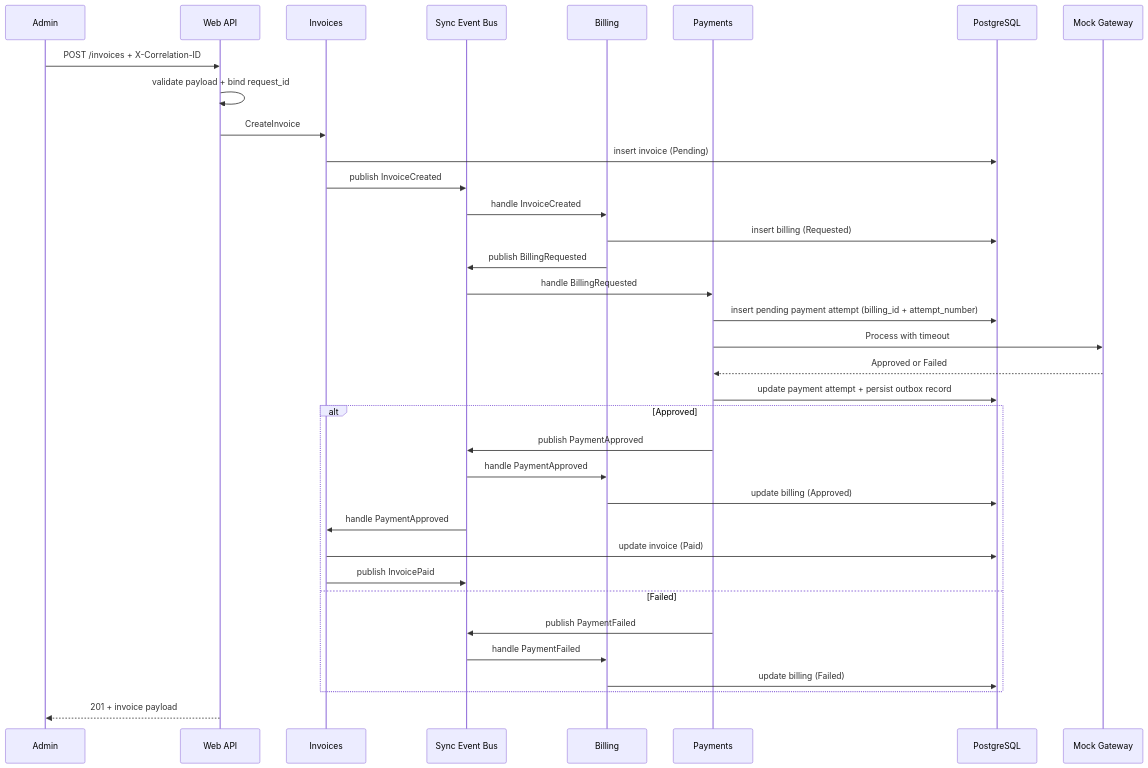
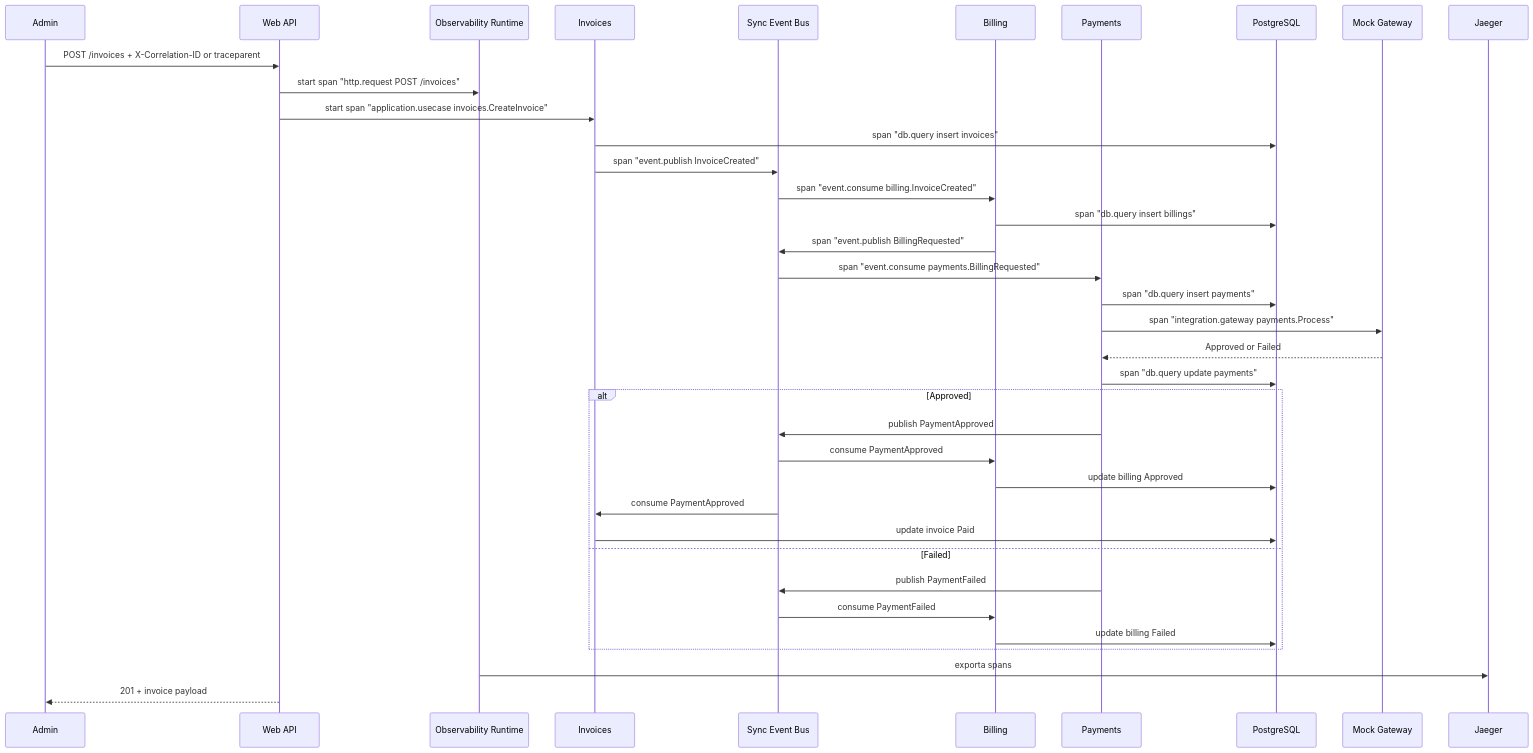
Before and after one commit to rgomids/atlas-erp-core: the fourth of 6 diagrams in docs/diagrams/architecture.md, drawn with Mermaid. The commit also changed other lines of this file and 49 other files, not shown here.

````diff
--- a/docs/diagrams/architecture.md
+++ b/docs/diagrams/architecture.md
@@ -79,38 +90,40 @@
 ```mermaid
 sequenceDiagram
     participant Admin
     participant API as Web API
+    participant OTel as Observability Runtime
     participant Invoices
     participant Bus as Sync Event Bus
     participant Billing
     participant Payments
     participant DB as PostgreSQL
     participant Gateway as Mock Gateway
+    participant Jaeger
 
-    Admin->>API: POST /invoices + X-Correlation-ID
-    API->>API: validate payload + bind request_id
-    API->>Invoices: CreateInvoice
-    Invoices->>DB: insert invoice (Pending)
-    Invoices->>Bus: publish InvoiceCreated
-    Bus->>Billing: handle InvoiceCreated
-    Billing->>DB: insert billing (Requested)
-    Billing->>Bus: publish BillingRequested
-    Bus->>Payments: handle BillingRequested
-    Payments->>DB: insert pending payment attempt (billing_id + attempt_number)
-    Payments->>Gateway: Process with timeout
+    Admin->>API: POST /invoices + X-Correlation-ID or traceparent
+    API->>OTel: start span "http.request POST /invoices"
+    API->>Invoices: start span "application.usecase invoices.CreateInvoice"
+    Invoices->>DB: span "db.query insert invoices"
+    Invoices->>Bus: span "event.publish InvoiceCreated"
+    Bus->>Billing: span "event.consume billing.InvoiceCreated"
+    Billing->>DB: span "db.query insert billings"
+    Billing->>Bus: span "event.publish BillingRequested"
+    Bus->>Payments: span "event.consume payments.BillingRequested"
+    Payments->>DB: span "db.query insert payments"
+    Payments->>Gateway: span "integration.gateway payments.Process"
     Gateway-->>Payments: Approved or Failed
-    Payments->>DB: update payment attempt + persist outbox record
+    Payments->>DB: span "db.query update payments"
     alt Approved
         Payments->>Bus: publish PaymentApproved
-        Bus->>Billing: handle PaymentApproved
-        Billing->>DB: update billing (Approved)
-        Bus->>Invoices: handle PaymentApproved
-        Invoices->>DB: update invoice (Paid)
-        Invoices->>Bus: publish InvoicePaid
+        Bus->>Billing: consume PaymentApproved
+        Billing->>DB: update billing Approved
+        Bus->>Invoices: consume PaymentApproved
+        Invoices->>DB: update invoice Paid
     else Failed
         Payments->>Bus: publish PaymentFailed
-        Bus->>Billing: handle PaymentFailed
-        Billing->>DB: update billing (Failed)
+        Bus->>Billing: consume PaymentFailed
+        Billing->>DB: update billing Failed
     end
+    OTel->>Jaeger: exporta spans
     API-->>Admin: 201 + invoice payload
 ```
````
